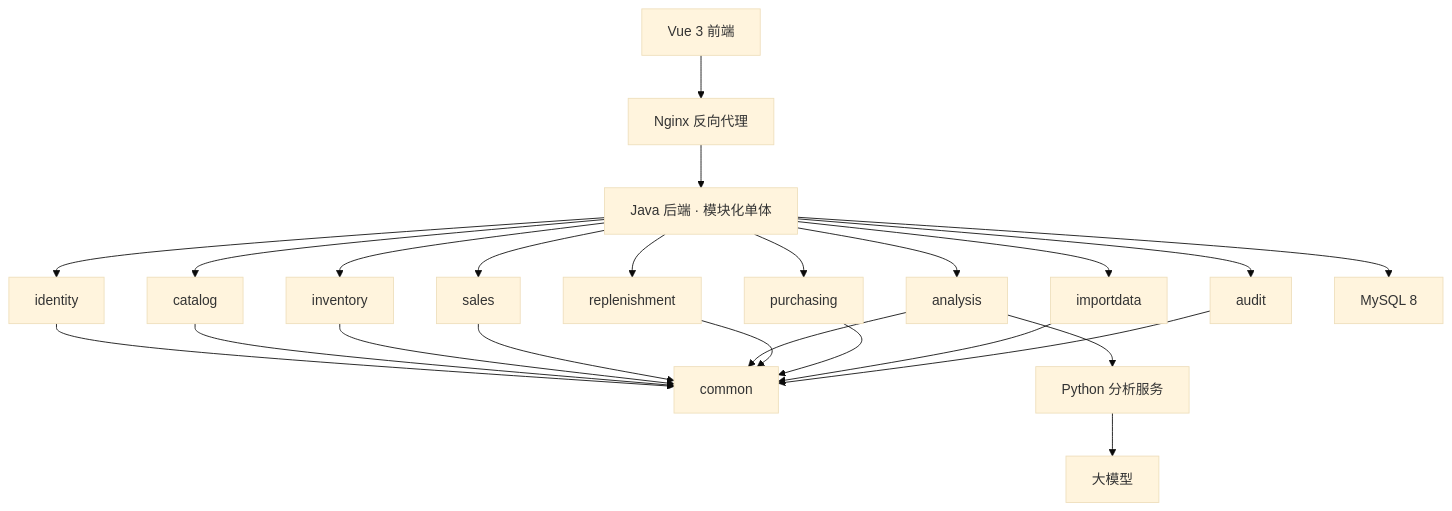
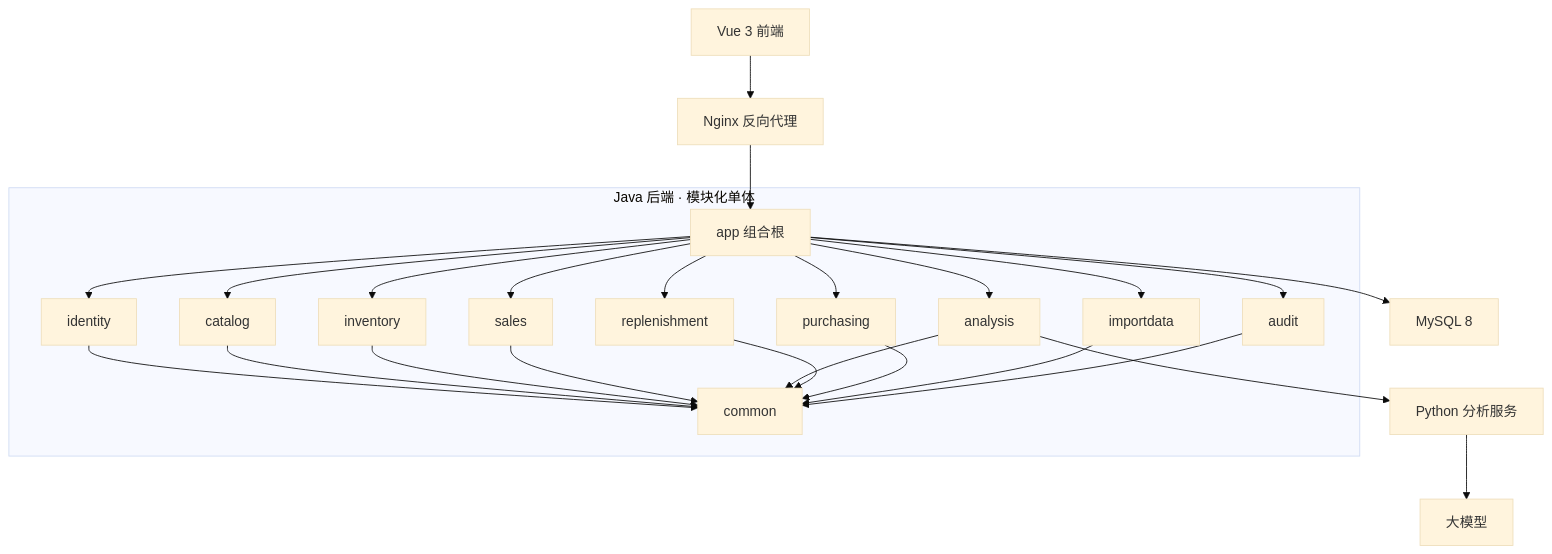
The diagram in README.md (xy98773-jpg/shoppilot-ai), drawn with Mermaid (base theme) before and after one commit.

Commit message:
docs: 架构图恢复单个分组框标注 Java 模块边界

````diff
--- a/README.md
+++ b/README.md
@@ -39,43 +39,47 @@
 ```mermaid
 flowchart TB
     FE[Vue 3 前端]
     NG[Nginx 反向代理]
-    APP[Java 后端 · 模块化单体]
-    IDN[identity]
-    CAT[catalog]
-    INV[inventory]
-    SAL[sales]
-    ANA[analysis]
-    RPL[replenishment]
-    PUR[purchasing]
-    IMP[importdata]
-    AUD[audit]
-    CMN[common]
+
+    subgraph Z_JAVA[Java 后端 · 模块化单体]
+        APP[app 组合根]
+        IDN[identity]
+        CAT[catalog]
+        INV[inventory]
+        SAL[sales]
+        ANA[analysis]
+        RPL[replenishment]
+        PUR[purchasing]
+        IMP[importdata]
+        AUD[audit]
+        CMN[common]
+    end
+
     DB[MySQL 8]
     SA[Python 分析服务]
     LLM[大模型]
 
     FE --> NG
     NG --> APP
     APP --> IDN
     APP --> CAT
     APP --> INV
     APP --> SAL
     APP --> ANA
     APP --> RPL
     APP --> PUR
     APP --> IMP
     APP --> AUD
     IDN --> CMN
     CAT --> CMN
     INV --> CMN
     SAL --> CMN
     ANA --> CMN
     RPL --> CMN
     PUR --> CMN
     IMP --> CMN
     AUD --> CMN
     APP --> DB
     ANA --> SA
     SA --> LLM
 ```
````
